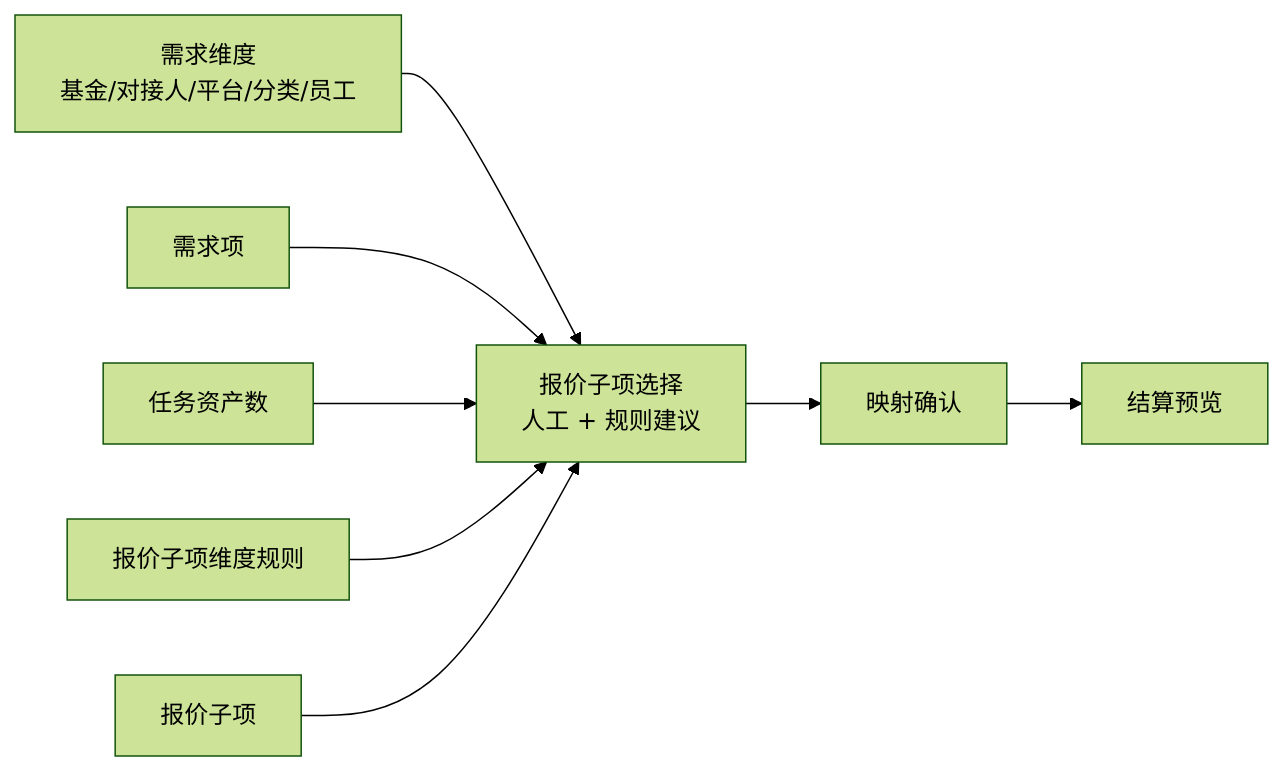
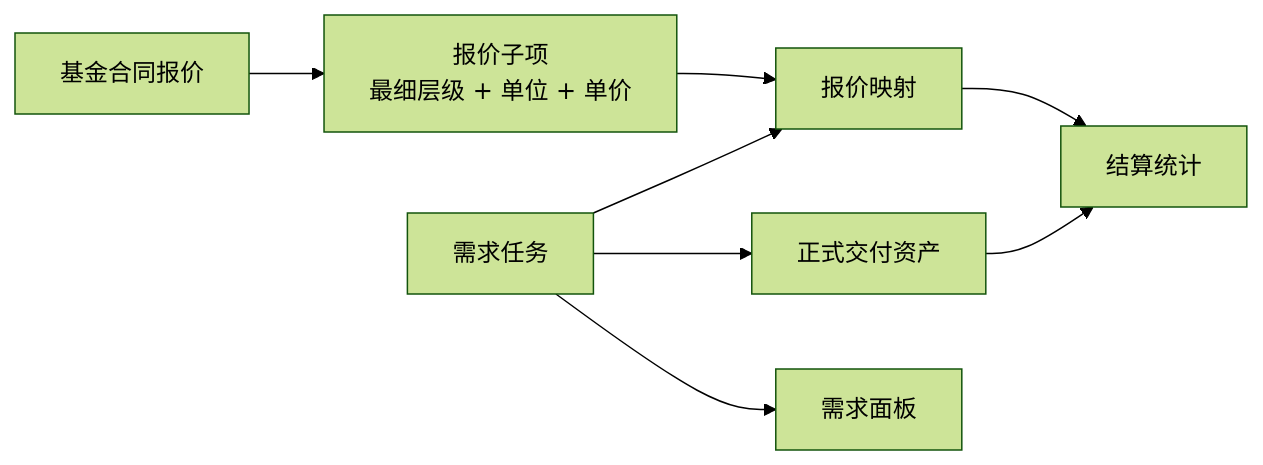
The sixth of 6 diagrams in DIAGRAMS.md (easyLong/xlyq-efficiency-engine), drawn with Mermaid (forest theme) before and after one commit. The commit also changed other lines of this file and 26 other files, not shown here.

````diff
--- a/DIAGRAMS.md
+++ b/DIAGRAMS.md
@@ -170,19 +139,17 @@
 ```mermaid
 flowchart LR
-    R0[需求维度<br/>基金/对接人/平台/分类/员工]
-    R1[需求项]
-    R2[任务资产数]
-    M[报价子项选择<br/>人工 + 规则建议]
-    Q0[报价子项维度规则]
-    Q1[报价子项]
-    Q2[映射确认]
-    Q3[结算预览]
+    CONTRACT[基金合同报价]
+    ITEMS[报价子项<br/>最细层级 + 单位 + 单价]
+    TASK[需求任务]
+    MAP[报价映射]
+    ASSETS[正式交付资产]
+    SETTLEMENT[结算统计]
+    DASHBOARD[需求面板]
 
-    R0 --> M
-    R1 --> M
-    R2 --> M
-    Q0 --> M
-    Q1 --> M
-    M --> Q2
-    Q2 --> Q3
+    CONTRACT --> ITEMS --> MAP
+    TASK --> MAP
+    TASK --> ASSETS
+    MAP --> SETTLEMENT
+    ASSETS --> SETTLEMENT
+    TASK --> DASHBOARD
 ```
````
